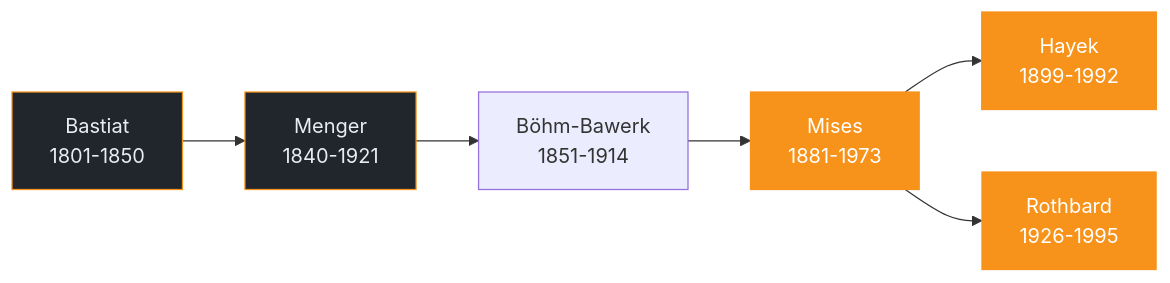
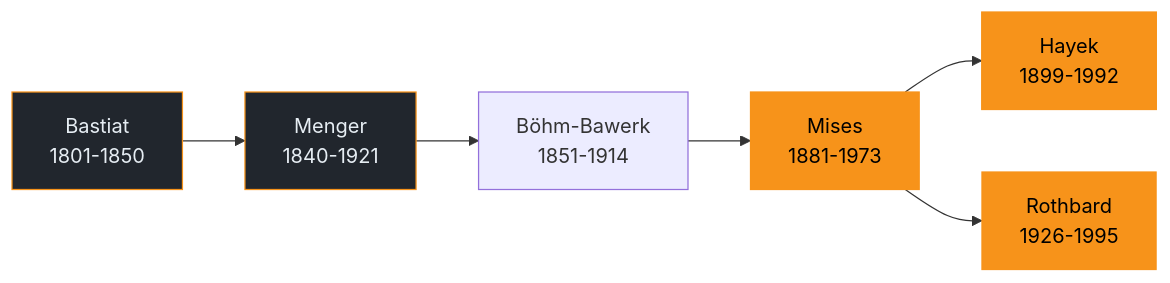
Before and after one commit to bc1qwerty/learn.txid.uk: the diagram in content/en/learn/thinkers.md, drawn with Mermaid. The commit also changed 50 other files, not shown here.

First line of the commit message:
Mermaid 다이어그램 텍스트 대비 개선: color:#fff → color:#000

```diff
--- a/content/en/learn/thinkers.md
+++ b/content/en/learn/thinkers.md
@@ -35,13 +35,13 @@
 {{< mermaid >}}
 graph LR
     B["Bastiat<br/>1801-1850"] --> M["Menger<br/>1840-1921"]
     M --> BB["Böhm-Bawerk<br/>1851-1914"]
     BB --> MI["Mises<br/>1881-1973"]
     MI --> H["Hayek<br/>1899-1992"]
     MI --> R["Rothbard<br/>1926-1995"]
     style B fill:#21262d,stroke:#f7931a,color:#e6edf3
     style M fill:#21262d,stroke:#f7931a,color:#e6edf3
-    style MI fill:#f7931a,stroke:#f7931a,color:#fff
-    style H fill:#f7931a,stroke:#f7931a,color:#fff
-    style R fill:#f7931a,stroke:#f7931a,color:#fff
+    style MI fill:#f7931a,stroke:#f7931a,color:#000
+    style H fill:#f7931a,stroke:#f7931a,color:#000
+    style R fill:#f7931a,stroke:#f7931a,color:#000
 {{< /mermaid >}}
```
